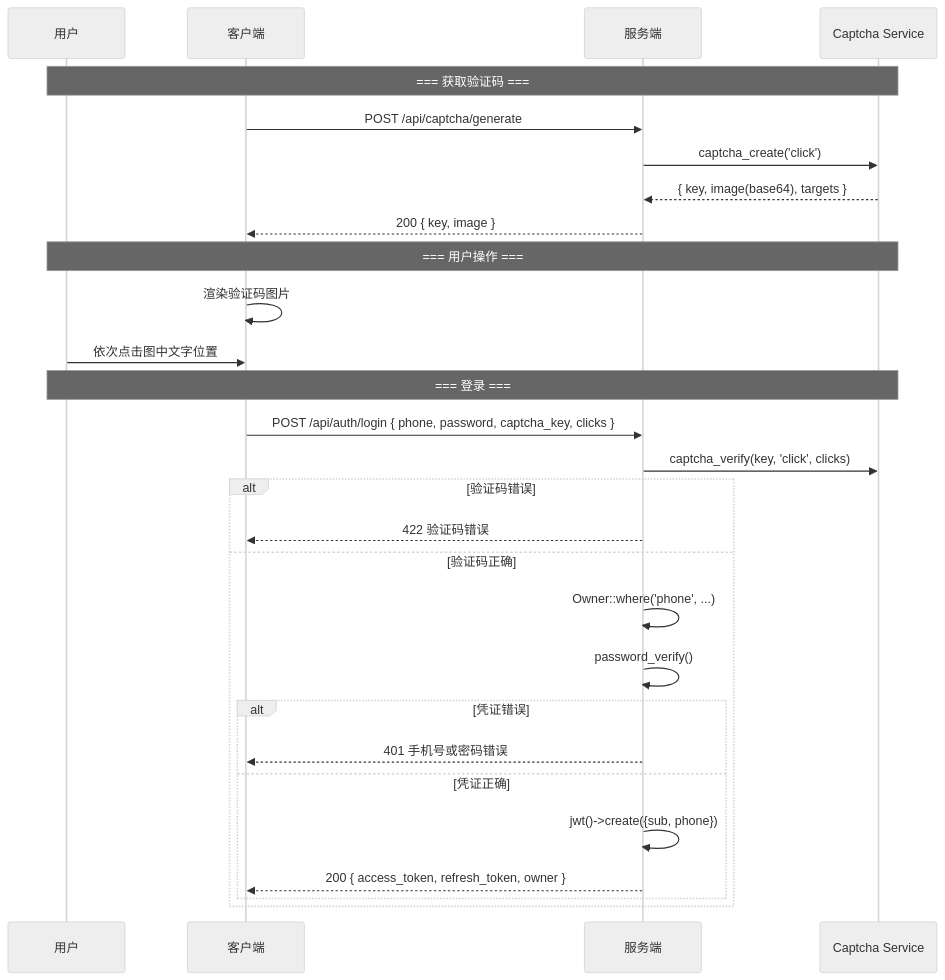
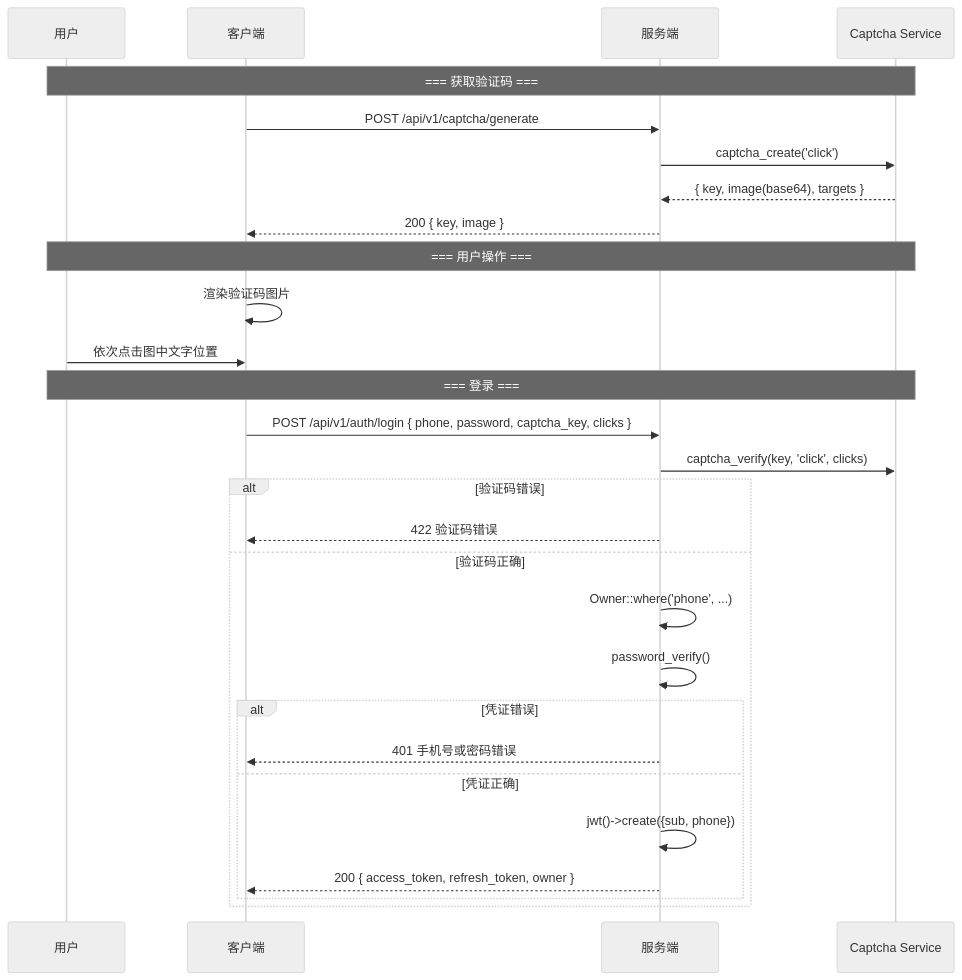
The fourth of 10 diagrams in docs/ARCHITECTURE.md (erikwang2013/property-management-platform), drawn with Mermaid (neutral theme) before and after one commit. The commit also changed other lines of this file and 101 other files, not shown here.

````diff
--- a/docs/ARCHITECTURE.md
+++ b/docs/ARCHITECTURE.md
@@ -132,33 +132,33 @@
 ```mermaid
 sequenceDiagram
     participant U as 用户
     participant CL as 客户端
     participant SV as 服务端
     participant CAP as Captcha Service
 
     Note over U,CAP: === 获取验证码 ===
-    CL->>SV: POST /api/captcha/generate
+    CL->>SV: POST /api/v1/captcha/generate
     SV->>CAP: captcha_create('click')
     CAP-->>SV: { key, image(base64), targets }
     SV-->>CL: 200 { key, image }
 
     Note over U,CAP: === 用户操作 ===
     CL->>CL: 渲染验证码图片
     U->>CL: 依次点击图中文字位置
 
     Note over U,CAP: === 登录 ===
-    CL->>SV: POST /api/auth/login { phone, password, captcha_key, clicks }
+    CL->>SV: POST /api/v1/auth/login { phone, password, captcha_key, clicks }
     SV->>CAP: captcha_verify(key, 'click', clicks)
     alt 验证码错误
         SV-->>CL: 422 验证码错误
     else 验证码正确
         SV->>SV: Owner::where('phone', ...)
         SV->>SV: password_verify()
         alt 凭证错误
             SV-->>CL: 401 手机号或密码错误
         else 凭证正确
             SV->>SV: jwt()->create({sub, phone})
             SV-->>CL: 200 { access_token, refresh_token, owner }
         end
     end
 ```
````
